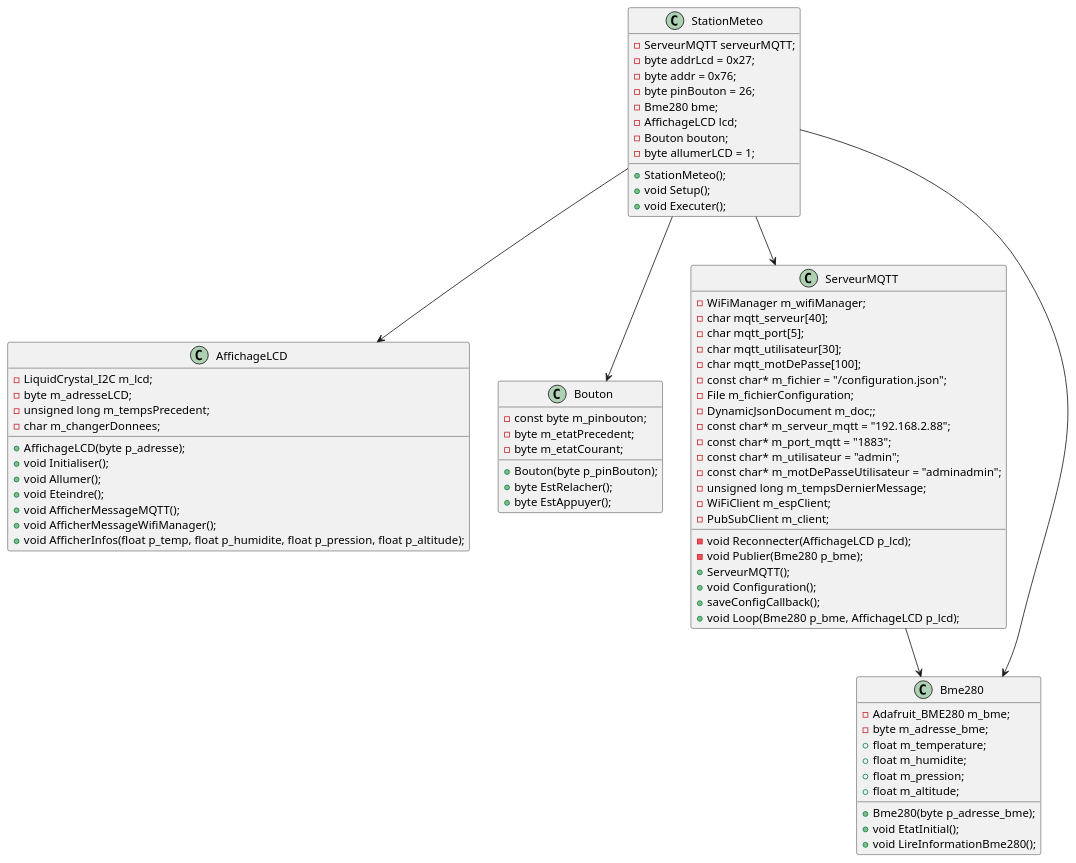
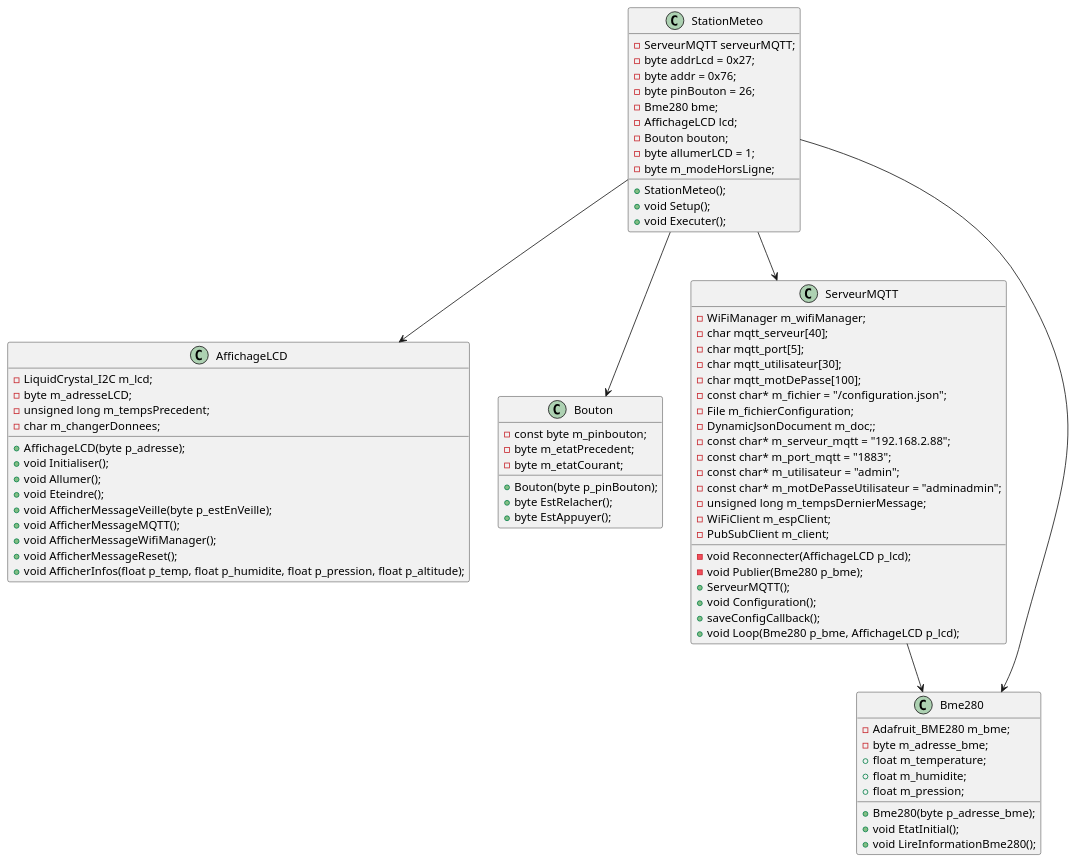
The diagram in DiagrammeDeClasse/DiagrammeStationMeteo.wsd (Keven44977/Station-Meteo-TP3), drawn with PlantUML before and after one commit. The commit also changed 2 other files, not shown here.

Commit message:
update schema, diagramme de classe et doc

```diff
--- a/DiagrammeDeClasse/DiagrammeStationMeteo.wsd
+++ b/DiagrammeDeClasse/DiagrammeStationMeteo.wsd
@@ -1,86 +1,88 @@
 @startuml StationMeteo
 
 class StationMeteo {
     - ServeurMQTT serveurMQTT;
     - byte addrLcd = 0x27;
     - byte addr = 0x76;
     - byte pinBouton = 26;
     - Bme280 bme;
     - AffichageLCD lcd;
     - Bouton bouton;
     - byte allumerLCD = 1;
-
+    - byte m_modeHorsLigne;
+    
     + StationMeteo();
     + void Setup();
     + void Executer();
 }
 
 class Bme280 {
     - Adafruit_BME280 m_bme;
     - byte m_adresse_bme;
     + float m_temperature;
     + float m_humidite;
     + float m_pression;
-    + float m_altitude;
 
     + Bme280(byte p_adresse_bme);
     + void EtatInitial();
     + void LireInformationBme280();
 }
 
 class AffichageLCD {
     - LiquidCrystal_I2C m_lcd;
     - byte m_adresseLCD;
     - unsigned long m_tempsPrecedent;
     - char m_changerDonnees;
 
     + AffichageLCD(byte p_adresse);
     + void Initialiser();
     + void Allumer();
     + void Eteindre();
+    + void AfficherMessageVeille(byte p_estEnVeille);
     + void AfficherMessageMQTT();
     + void AfficherMessageWifiManager();
+    + void AfficherMessageReset();
     + void AfficherInfos(float p_temp, float p_humidite, float p_pression, float p_altitude);
 }
 
 class Bouton {
     - const byte m_pinbouton;
     - byte m_etatPrecedent;
     - byte m_etatCourant;
 
     + Bouton(byte p_pinBouton);
     + byte EstRelacher();
     + byte EstAppuyer();
 }
 
 class ServeurMQTT {
     - WiFiManager m_wifiManager;
     - char mqtt_serveur[40];
     - char mqtt_port[5];
     - char mqtt_utilisateur[30];
     - char mqtt_motDePasse[100];
     - const char* m_fichier = "/configuration.json";
     - File m_fichierConfiguration;
     - DynamicJsonDocument m_doc;;
     - const char* m_serveur_mqtt = "192.168.2.88";
     - const char* m_port_mqtt = "1883";
     - const char* m_utilisateur = "admin";
     - const char* m_motDePasseUtilisateur = "adminadmin";
     - unsigned long m_tempsDernierMessage;
     - WiFiClient m_espClient;
     - PubSubClient m_client;
 
     - void Reconnecter(AffichageLCD p_lcd);
     - void Publier(Bme280 p_bme);
     + ServeurMQTT();
     + void Configuration();
     + saveConfigCallback();
     + void Loop(Bme280 p_bme, AffichageLCD p_lcd);
 }
 
 ServeurMQTT --> Bme280
 StationMeteo --> ServeurMQTT
 StationMeteo --> AffichageLCD
 Bme280 <-- StationMeteo
 StationMeteo --> Bouton
 @enduml
```
